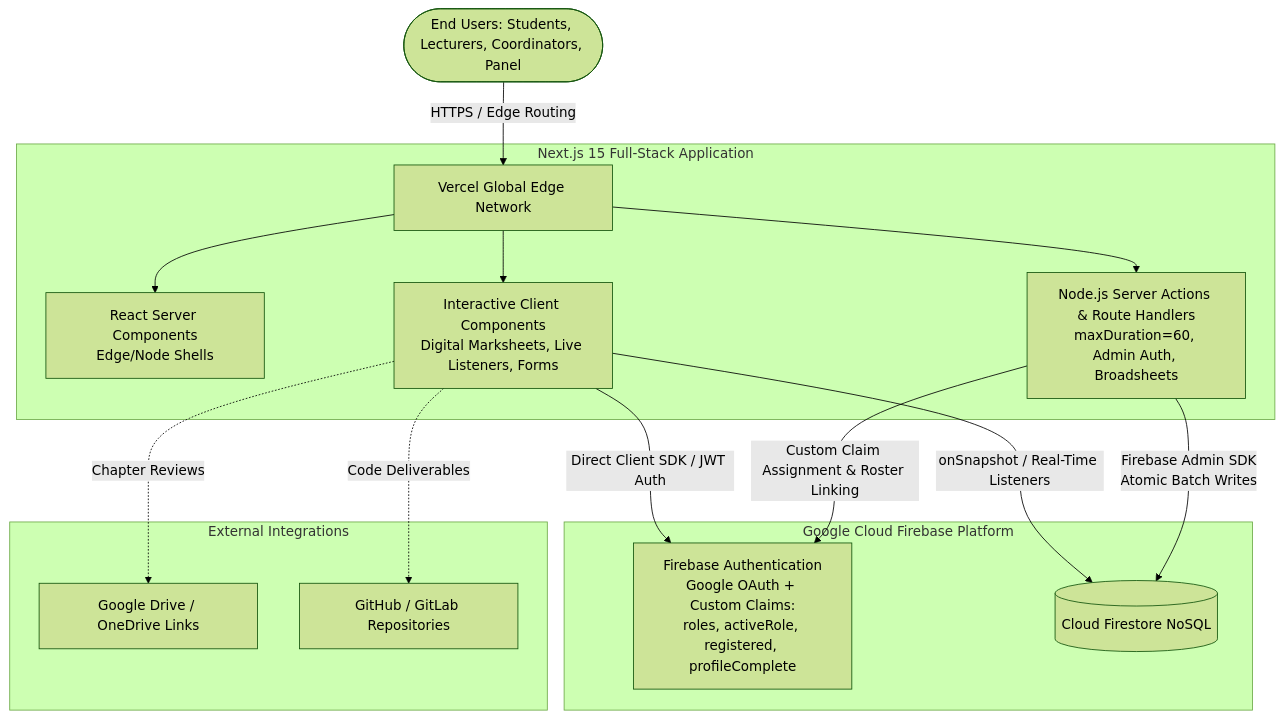
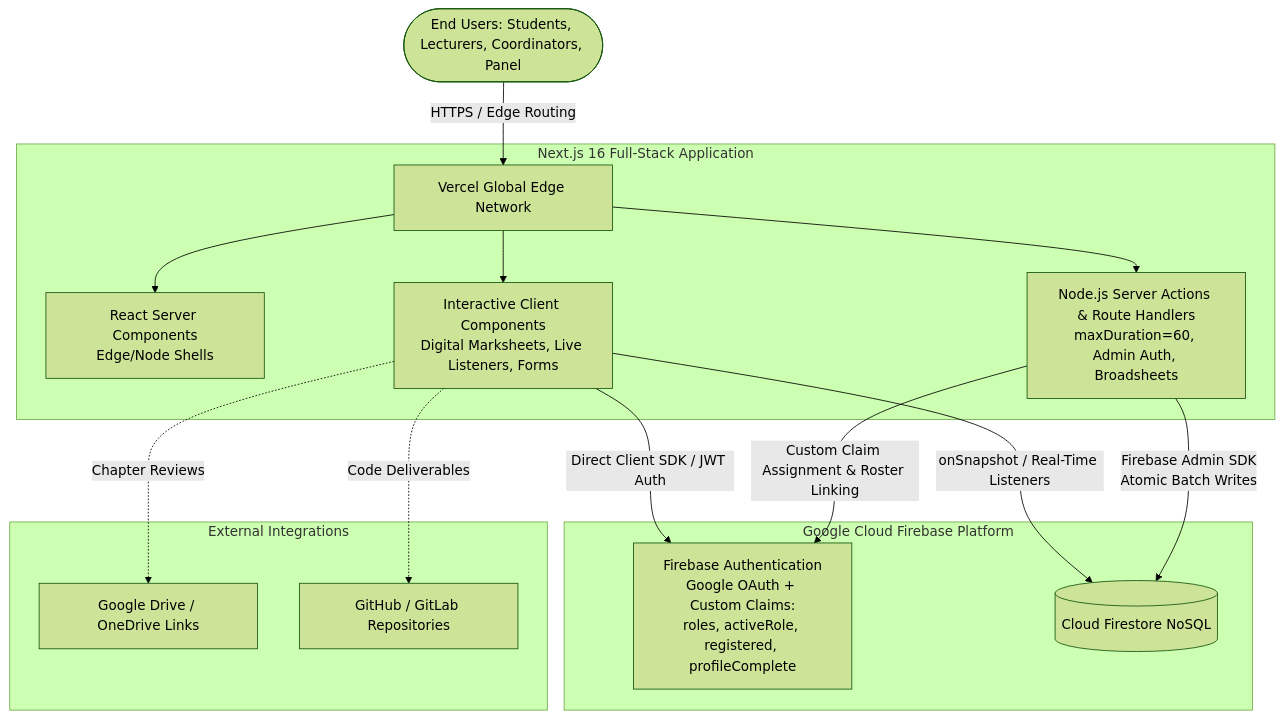
One commit to paren-thesis/htu-fiypms changed the first of 2 diagrams in docs/fypms-docs.md. Above: the diagram before and after it, drawn with Mermaid (forest theme). The commit also changed other lines of this file and 1 other file, not shown here.

Commit message:
change: Next.js 15 to Next.js 16

````diff
--- a/docs/fypms-docs.md
+++ b/docs/fypms-docs.md
@@ -138,22 +138,22 @@
 ```mermaid
 graph TD
     User([End Users: Students, Lecturers, Coordinators, Panel]) -->|HTTPS / Edge Routing| Vercel[Vercel Global Edge Network]
 
-    subgraph NextJS [Next.js 15 Full-Stack Application]
+    subgraph NextJS [Next.js 16 Full-Stack Application]
         Vercel --> RSC[React Server Components<br/>Edge/Node Shells]
         Vercel --> ClientUI[Interactive Client Components<br/>Digital Marksheets, Live Listeners, Forms]
         Vercel --> Actions[Node.js Server Actions & Route Handlers<br/>maxDuration=60, Admin Auth, Broadsheets]
     end
 
     subgraph FirebaseServices [Google Cloud Firebase Platform]
         ClientUI -->|Direct Client SDK / JWT Auth| FBAuth[Firebase Authentication<br/>Google OAuth + Custom Claims:<br/>roles, activeRole, registered, profileComplete]
         ClientUI -->|onSnapshot / Real-Time Listeners| Firestore[(Cloud Firestore NoSQL)]
         Actions -->|Firebase Admin SDK<br/>Atomic Batch Writes| Firestore
         Actions -->|Custom Claim Assignment & Roster Linking| FBAuth
     end
 
     subgraph ExternalServices [External Integrations]
         ClientUI -. Chapter Reviews .-> GDrive[Google Drive / OneDrive Links]
         ClientUI -. Code Deliverables .-> GitHub[GitHub / GitLab Repositories]
     end
 ```
````
